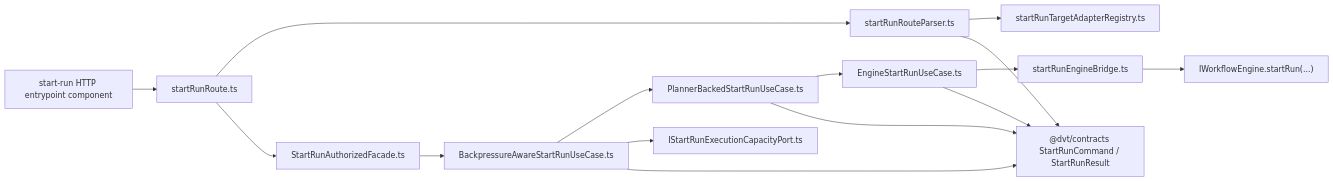
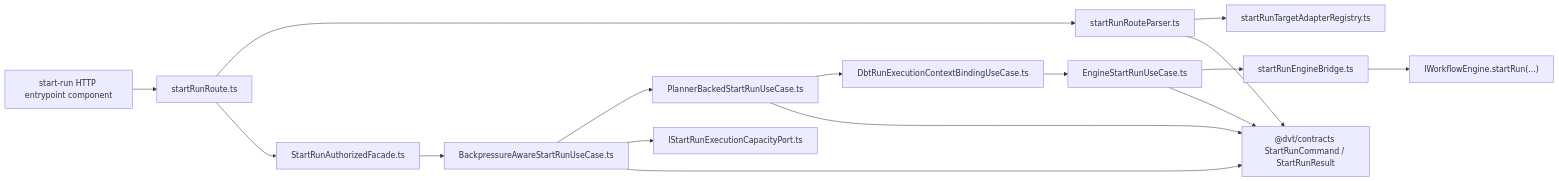
Before and after one commit to dunay2/dvt: the first of 2 diagrams in apps/api/docs/start-run-application-component.md, drawn with Mermaid. The commit also changed other lines of this file and 85 other files, not shown here.

Commit message:
feat(web): Connect dbt authoring to code and run rails

````diff
--- a/apps/api/docs/start-run-application-component.md
+++ b/apps/api/docs/start-run-application-component.md
@@ -110,17 +119,18 @@
 ```mermaid
 flowchart LR
   Http["start-run HTTP entrypoint component"] --> Route["startRunRoute.ts"]
   Route --> Parser["startRunRouteParser.ts"]
   Parser --> Registry["startRunTargetAdapterRegistry.ts"]
   Route --> Facade["StartRunAuthorizedFacade.ts"]
   Facade --> Admission["BackpressureAwareStartRunUseCase.ts"]
   Admission --> Planner["PlannerBackedStartRunUseCase.ts"]
-  Planner --> Engine["EngineStartRunUseCase.ts"]
+  Planner --> DbtBinding["DbtRunExecutionContextBindingUseCase.ts"]
+  DbtBinding --> Engine["EngineStartRunUseCase.ts"]
   Engine --> Bridge["startRunEngineBridge.ts"]
   Admission --> Capacity["IStartRunExecutionCapacityPort.ts"]
   Bridge --> Workflow["IWorkflowEngine.startRun(...)"]
   Admission --> Contract["@dvt/contracts StartRunCommand / StartRunResult"]
   Planner --> Contract
   Engine --> Contract
   Parser --> Contract
 ```
````
